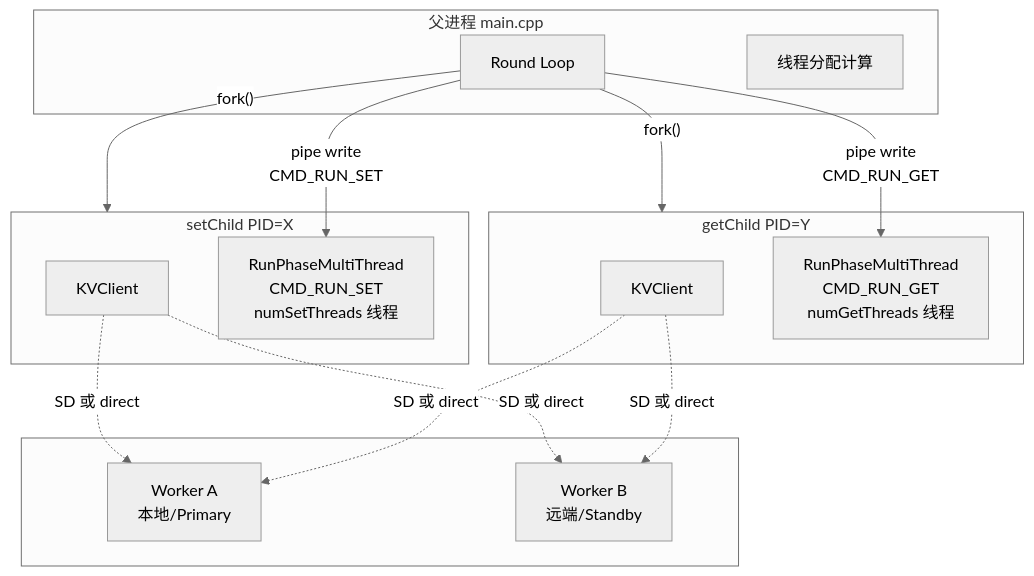
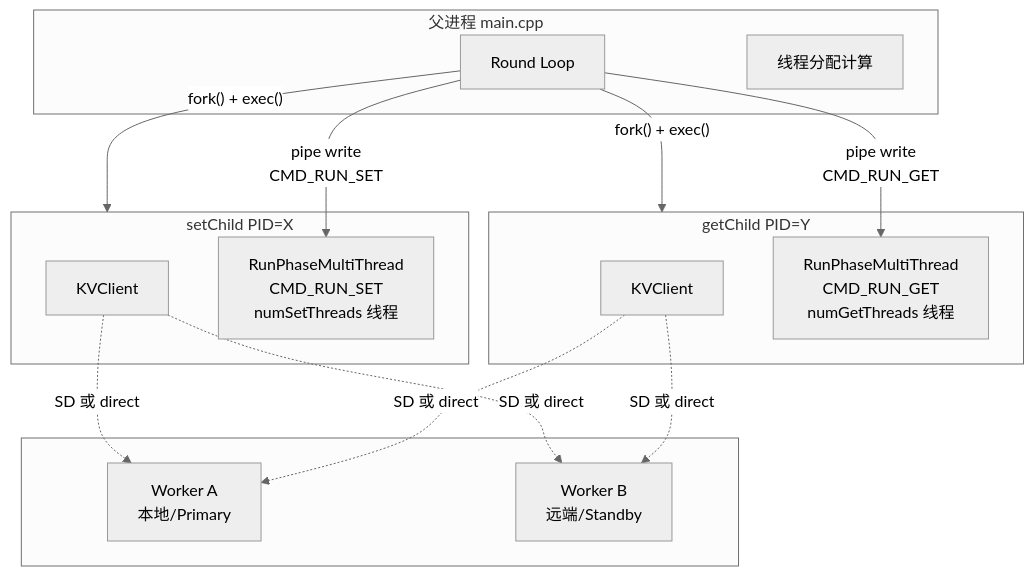
The first of 9 diagrams in tests/kvtest/docs/mixed-modes-design.md (openeuler-mirror/yuanrong-datasystem), drawn with Mermaid (neutral theme) before and after one commit. The commit also changed other lines of this file and 7 other files, not shown here.

````diff
--- a/tests/kvtest/docs/mixed-modes-design.md
+++ b/tests/kvtest/docs/mixed-modes-design.md
@@ -11,31 +13,31 @@
 ```mermaid
 graph TB
     subgraph Parent["父进程 main.cpp"]
         RL[Round Loop]
         TA[线程分配计算]
     end
 
     subgraph setChild["setChild PID=X"]
         SC_KV[KVClient]
         SC_TH[RunPhaseMultiThread<br/>CMD_RUN_SET<br/>numSetThreads 线程]
     end
 
     subgraph getChild["getChild PID=Y"]
         GC_KV[KVClient]
         GC_TH[RunPhaseMultiThread<br/>CMD_RUN_GET<br/>numGetThreads 线程]
     end
 
     subgraph Workers[" "]
         WA[Worker A<br/>本地/Primary]
         WB[Worker B<br/>远端/Standby]
     end
 
-    RL -->|"fork()"| setChild
-    RL -->|"fork()"| getChild
+    RL -->|"fork() + exec()"| setChild
+    RL -->|"fork() + exec()"| getChild
     RL -->|"pipe write<br/>CMD_RUN_SET"| SC_TH
     RL -->|"pipe write<br/>CMD_RUN_GET"| GC_TH
     SC_KV -.->|"SD 或 direct"| WA
     SC_KV -.->|"SD 或 direct"| WB
     GC_KV -.->|"SD 或 direct"| WA
     GC_KV -.->|"SD 或 direct"| WB
 ```
````
